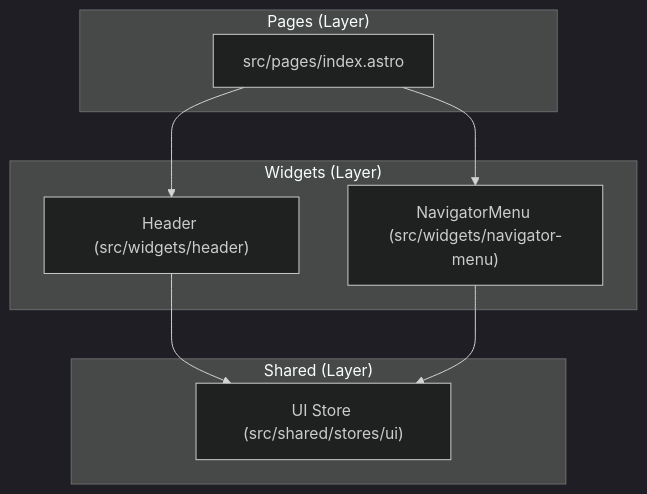
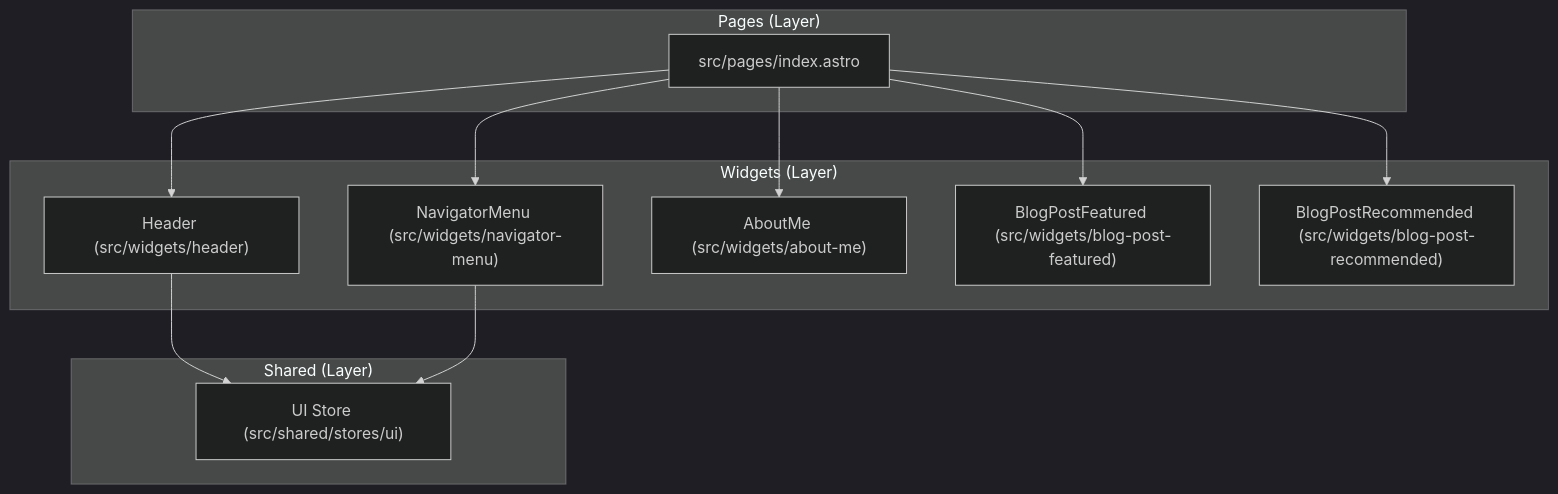
Before and after one commit to Alexits93/ai-architecture-portfolio: the diagram in docs/ARCHITECTURE.md, drawn with Mermaid (dark theme). The commit also changed 9 other files, not shown here.

First line of the commit message:
feat(home): migrate legacy home page to astro architecture (#19)

````diff
--- a/docs/ARCHITECTURE.md
+++ b/docs/ARCHITECTURE.md
@@ -7,23 +7,29 @@
 ```mermaid
 flowchart TD
     %% Layers
     subgraph Pages ["Pages (Layer)"]
         Index["src/pages/index.astro"]
     end
     
     subgraph Widgets ["Widgets (Layer)"]
         Header["Header (src/widgets/header)"]
         NavigatorMenu["NavigatorMenu (src/widgets/navigator-menu)"]
+        AboutMe["AboutMe (src/widgets/about-me)"]
+        BlogPostFeatured["BlogPostFeatured (src/widgets/blog-post-featured)"]
+        BlogPostRecommended["BlogPostRecommended (src/widgets/blog-post-recommended)"]
     end
     
     subgraph Shared ["Shared (Layer)"]
         UIStore["UI Store (src/shared/stores/ui)"]
     end
     
     %% Relationships
     Index --> Header
     Index --> NavigatorMenu
+    Index --> AboutMe
+    Index --> BlogPostFeatured
+    Index --> BlogPostRecommended
     
     Header --> UIStore
     NavigatorMenu --> UIStore
 ```
````
